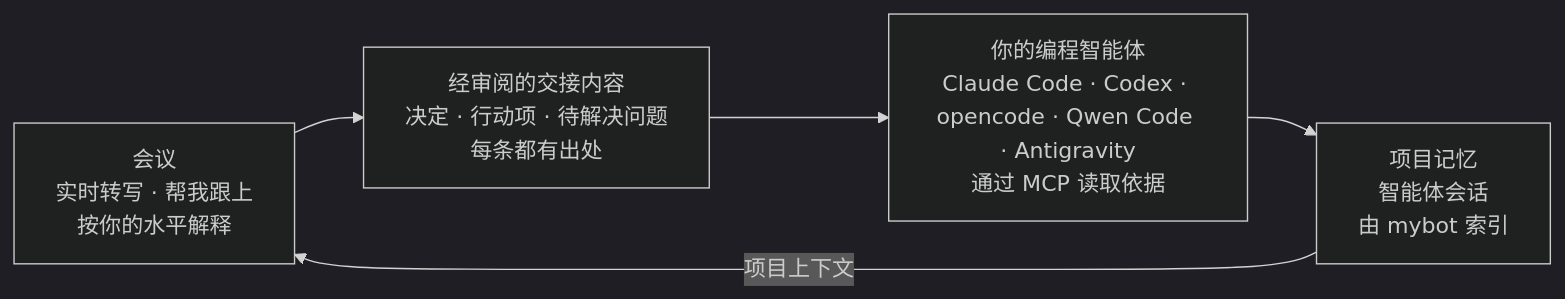
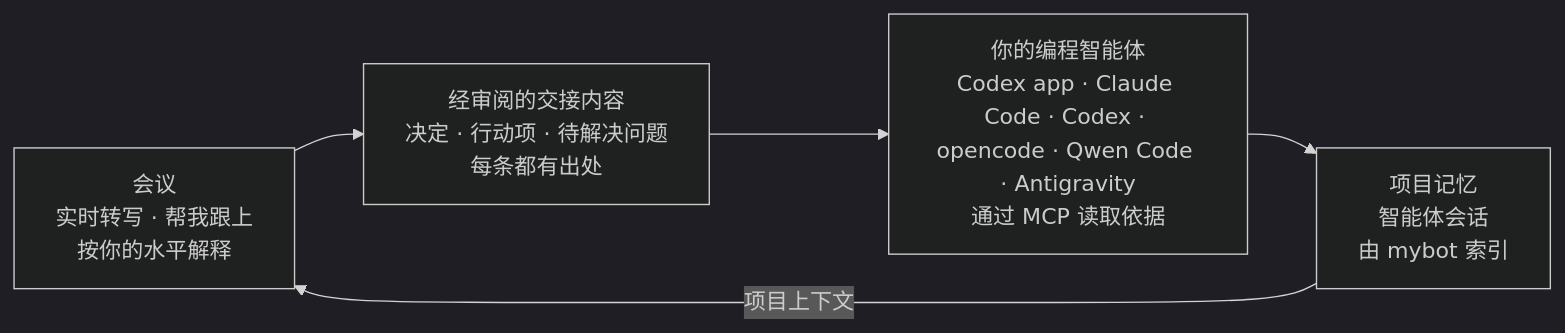
The diagram in README.zh-CN.md (FakeEnd/chumi), drawn with Mermaid (dark theme) before and after one commit. The commit also changed other lines of this file and 42 other files, not shown here.

````diff
--- a/README.zh-CN.md
+++ b/README.zh-CN.md
@@ -167,7 +146,7 @@
 ```mermaid
 flowchart LR
   M["会议<br/>实时转写 · 帮我跟上<br/>按你的水平解释"] --> H["经审阅的交接内容<br/>决定 · 行动项 · 待解决问题<br/>每条都有出处"]
-  H --> A["你的编程智能体<br/>Claude Code · Codex · opencode · Qwen Code · Antigravity<br/>通过 MCP 读取依据"]
+  H --> A["你的编程智能体<br/>Codex app · Claude Code · Codex · opencode · Qwen Code · Antigravity<br/>通过 MCP 读取依据"]
   A --> P["项目记忆<br/>智能体会话<br/>由 mybot 索引"]
   P -- "项目上下文" --> M
 ```
````
